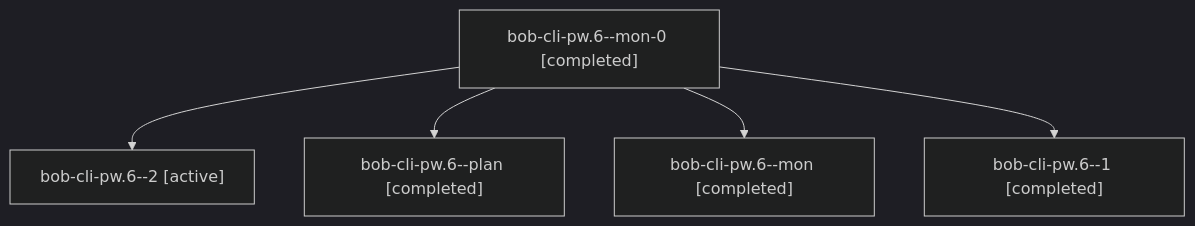
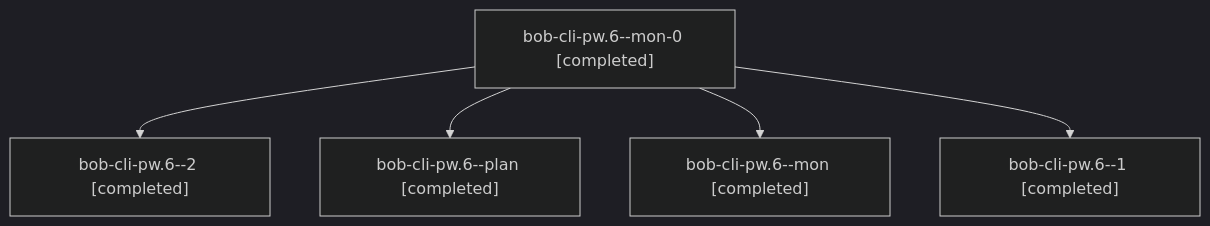
One commit to bobs-org/bob-cli--agents changed the diagram in sessions/bbugyi200.apollo.bob-cli-pw.6.md. Above: the diagram before and after it, drawn with Mermaid (dark theme). The commit also changed other lines of this file and 85 other files, not shown here.

````diff
--- a/sessions/bbugyi200.apollo.bob-cli-pw.6.md
+++ b/sessions/bbugyi200.apollo.bob-cli-pw.6.md
@@ -9,12 +9,12 @@
 ```mermaid
 flowchart TD
   n0["bob-cli-pw.6--mon-0 [completed]"]
-  n1["bob-cli-pw.6--2 [active]"]
+  n1["bob-cli-pw.6--2 [completed]"]
   n0 --> n1
   n2["bob-cli-pw.6--plan [completed]"]
   n0 --> n2
   n3["bob-cli-pw.6--mon [completed]"]
   n0 --> n3
   n4["bob-cli-pw.6--1 [completed]"]
   n0 --> n4
 ```
````
